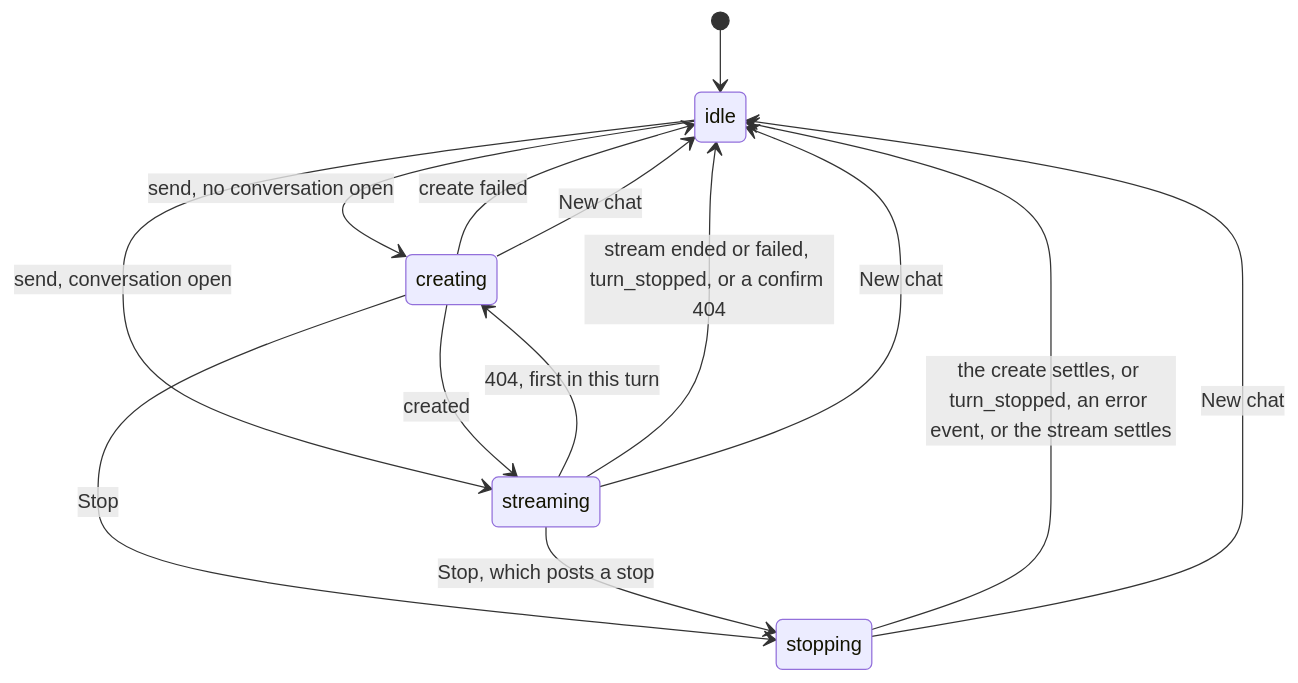
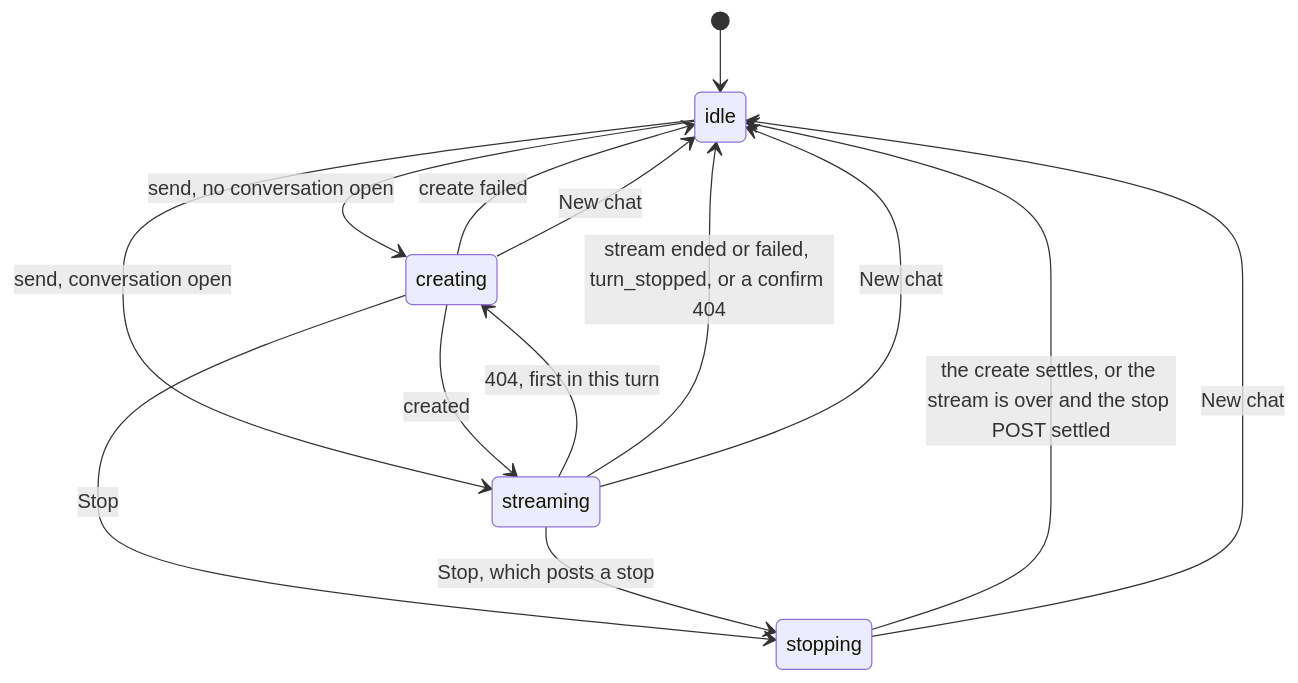
Before and after one commit to ArthurClune/pkm-system: the second of 2 diagrams in docs/architecture/frontend.md, drawn with Mermaid. The commit also changed other lines of this file and 7 other files, not shown here.

First line of the commit message:
State what Stop guarantees, now a stop reaches a reserved turn (pkm-60go)

````diff
--- a/docs/architecture/frontend.md
+++ b/docs/architecture/frontend.md
@@ -334,16 +334,16 @@
 ```mermaid
 stateDiagram-v2
     [*] --> idle
     idle --> creating: send, no conversation open
     idle --> streaming: send, conversation open
     creating --> streaming: created
     creating --> idle: create failed
     streaming --> creating: 404, first in this turn
     streaming --> idle: stream ended or failed, turn_stopped, or a confirm 404
     creating --> stopping: Stop
     streaming --> stopping: Stop, which posts a stop
-    stopping --> idle: the create settles, or turn_stopped, an error event, or the stream settles
+    stopping --> idle: the create settles, or the stream is over and the stop POST settled
     creating --> idle: New chat
     streaming --> idle: New chat
     stopping --> idle: New chat
 ```
````
